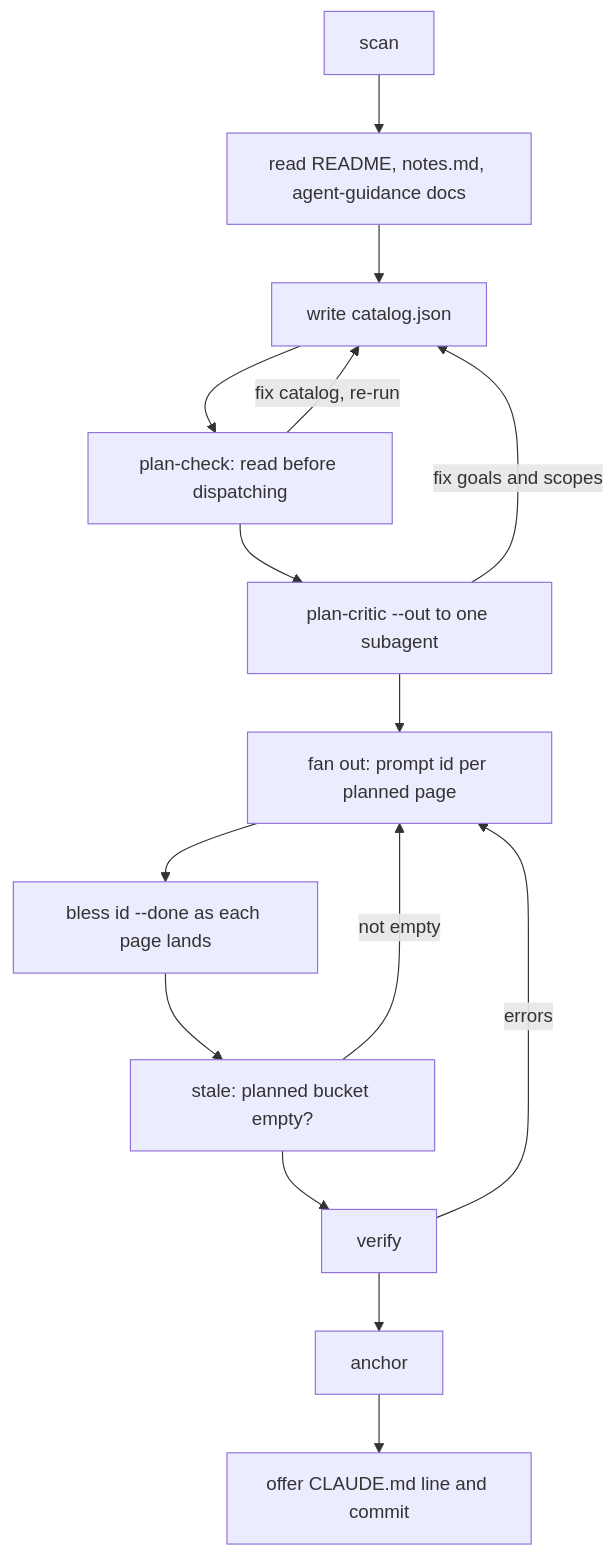
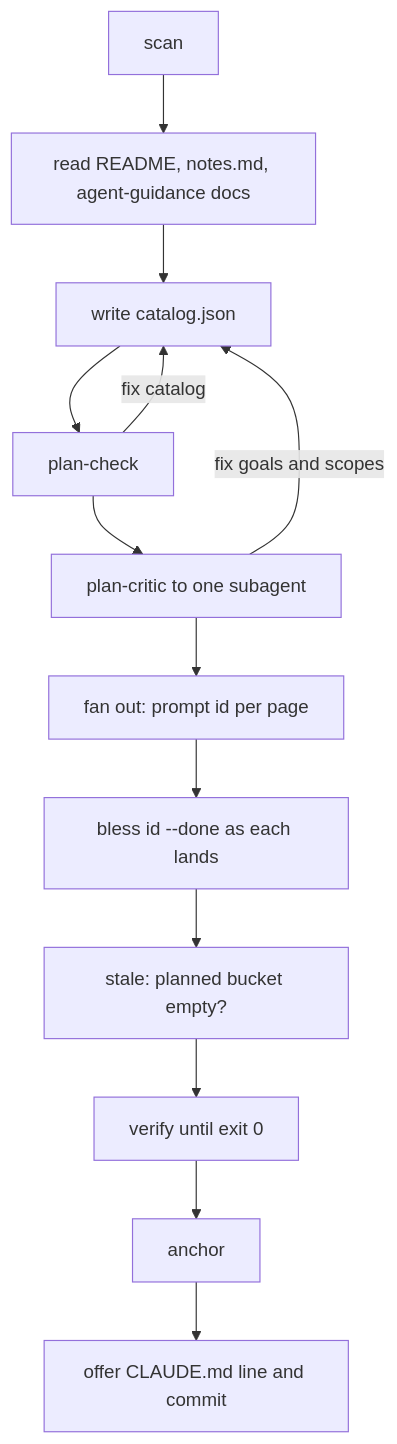
One commit to ARMeeru/akashic-record changed the diagram in .akashic/wiki/skill-orchestration.md. Above: the diagram before and after it, drawn with Mermaid. The commit also changed other lines of this file and 4 other files, not shown here.

````diff
--- a/.akashic/wiki/skill-orchestration.md
+++ b/.akashic/wiki/skill-orchestration.md
@@ -49,17 +49,15 @@
 ```mermaid
 flowchart TD
     A[scan] --> B[read README, notes.md, agent-guidance docs]
     B --> C[write catalog.json]
-    C --> D[plan-check: read before dispatching]
-    D -->|fix catalog, re-run| C
-    D --> E[plan-critic --out to one subagent]
+    C --> D[plan-check]
+    D -->|fix catalog| C
+    D --> E[plan-critic to one subagent]
     E -->|fix goals and scopes| C
-    E --> F[fan out: prompt id per planned page]
-    F --> G[bless id --done as each page lands]
+    E --> F[fan out: prompt id per page]
+    F --> G[bless id --done as each lands]
     G --> H[stale: planned bucket empty?]
-    H -->|not empty| F
-    H --> I[verify]
-    I -->|errors| F
+    H --> I[verify until exit 0]
     I --> J[anchor]
     J --> K[offer CLAUDE.md line and commit]
 ```
````
